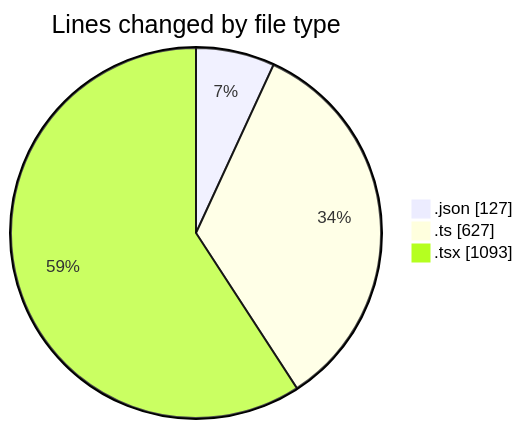
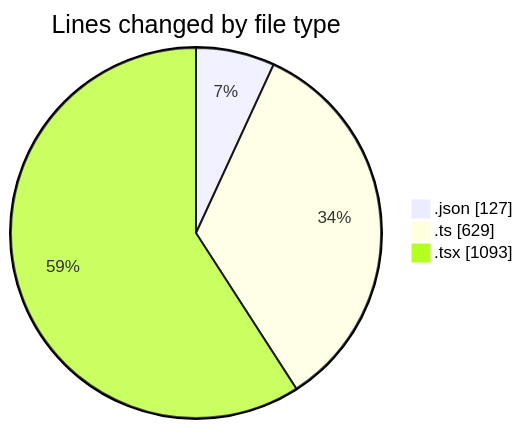
The first of 2 diagrams in 2025-11-12/eventscop-frontend-guide__workspace_/README.md (julien-gomy/code-tracking), drawn with Mermaid before and after one commit. The commit also changed other lines of this file and 1 other file, not shown here.

````diff
--- a/2025-11-12/eventscop-frontend-guide__workspace_/README.md
+++ b/2025-11-12/eventscop-frontend-guide__workspace_/README.md
@@ -27,7 +27,7 @@
 ```mermaid
 pie showData
 title Lines changed by file type
 ".json" : 127
-".ts" : 627
+".ts" : 629
 ".tsx" : 1093
 ```
````
